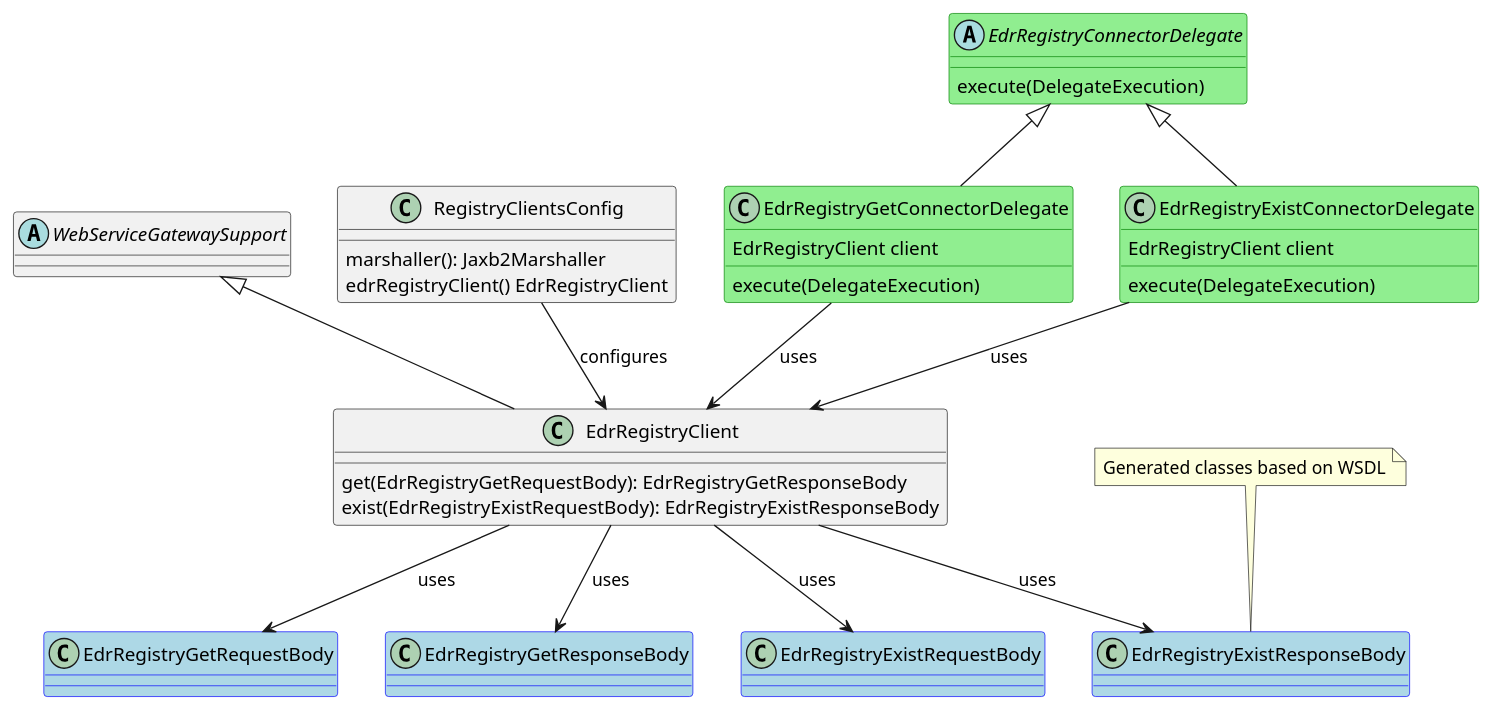
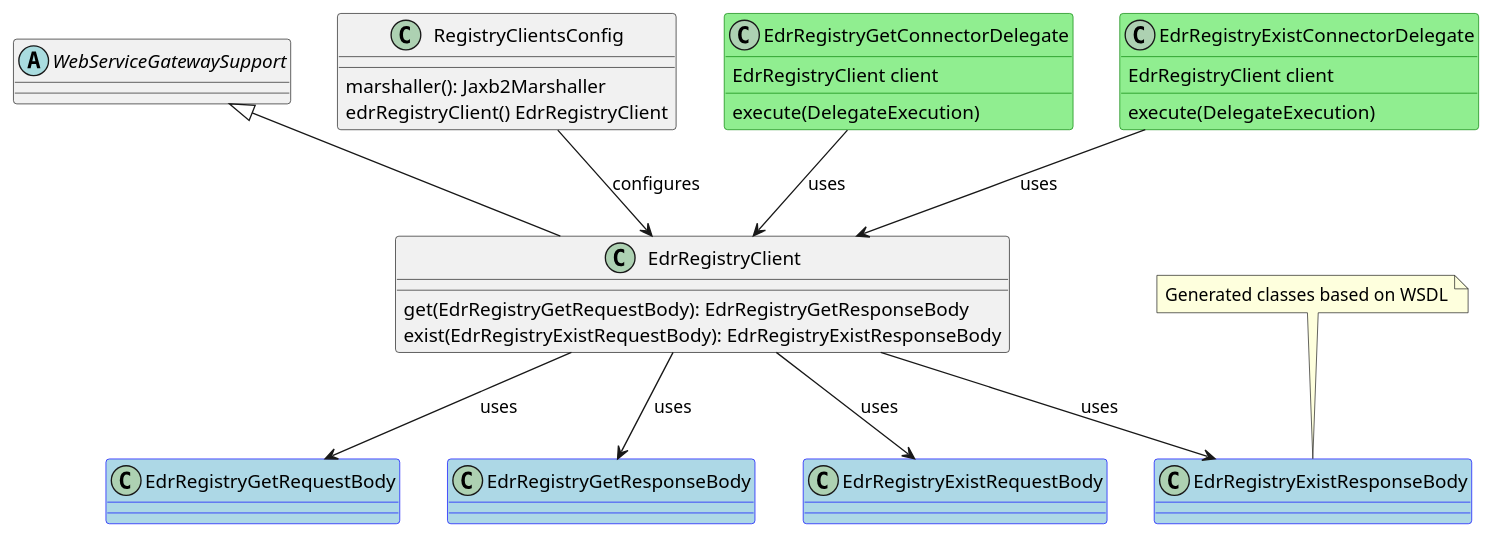
One commit to epam/edp-ddm-architecture changed the first of 2 diagrams in modules/ROOT/pages/lowcode/trembita-integration.adoc. Above: the diagram before and after it, drawn with PlantUML. The commit also changed other lines of this file and 2 other files, not shown here.

```diff
--- a/modules/ROOT/pages/lowcode/trembita-integration.adoc
+++ b/modules/ROOT/pages/lowcode/trembita-integration.adoc
@@ -24,43 +24,41 @@
 [plantuml,soap-connectors,svg]
 ----
 @startuml
 abstract class WebServiceGatewaySupport
 class EdrRegistryClient extends WebServiceGatewaySupport {
   get(EdrRegistryGetRequestBody): EdrRegistryGetResponseBody
   exist(EdrRegistryExistRequestBody): EdrRegistryExistResponseBody
 }
 class RegistryClientsConfig {
   marshaller(): Jaxb2Marshaller
   edrRegistryClient() EdrRegistryClient
 }
-abstract class EdrRegistryConnectorDelegate #back:lightgreen;line:green;text:black {
-  execute(DelegateExecution)
-}
-class EdrRegistryGetConnectorDelegate #back:lightgreen;line:green;text:black extends EdrRegistryConnectorDelegate {
+
+class EdrRegistryGetConnectorDelegate #back:lightgreen;line:green;text:black {
   EdrRegistryClient client
   execute(DelegateExecution)
 }
-class EdrRegistryExistConnectorDelegate #back:lightgreen;line:green;text:black extends EdrRegistryConnectorDelegate {
+class EdrRegistryExistConnectorDelegate #back:lightgreen;line:green;text:black {
   EdrRegistryClient client
   execute(DelegateExecution)
 }
 
 class EdrRegistryGetRequestBody #back:lightblue;line:blue;text:black
 class EdrRegistryGetResponseBody #back:lightblue;line:blue;text:black
 class EdrRegistryExistRequestBody #back:lightblue;line:blue;text:black
 class EdrRegistryExistResponseBody #back:lightblue;line:blue;text:black
 
 note top of EdrRegistryExistResponseBody
   Generated classes based on WSDL
 end note
 
 EdrRegistryGetConnectorDelegate --> EdrRegistryClient : uses
 EdrRegistryExistConnectorDelegate --> EdrRegistryClient : uses
 EdrRegistryClient --> EdrRegistryGetRequestBody : uses
 EdrRegistryClient --> EdrRegistryGetResponseBody : uses
 EdrRegistryClient --> EdrRegistryExistRequestBody : uses
 EdrRegistryClient --> EdrRegistryExistResponseBody : uses
 RegistryClientsConfig --> EdrRegistryClient : configures
 
 @enduml
 ----
```
